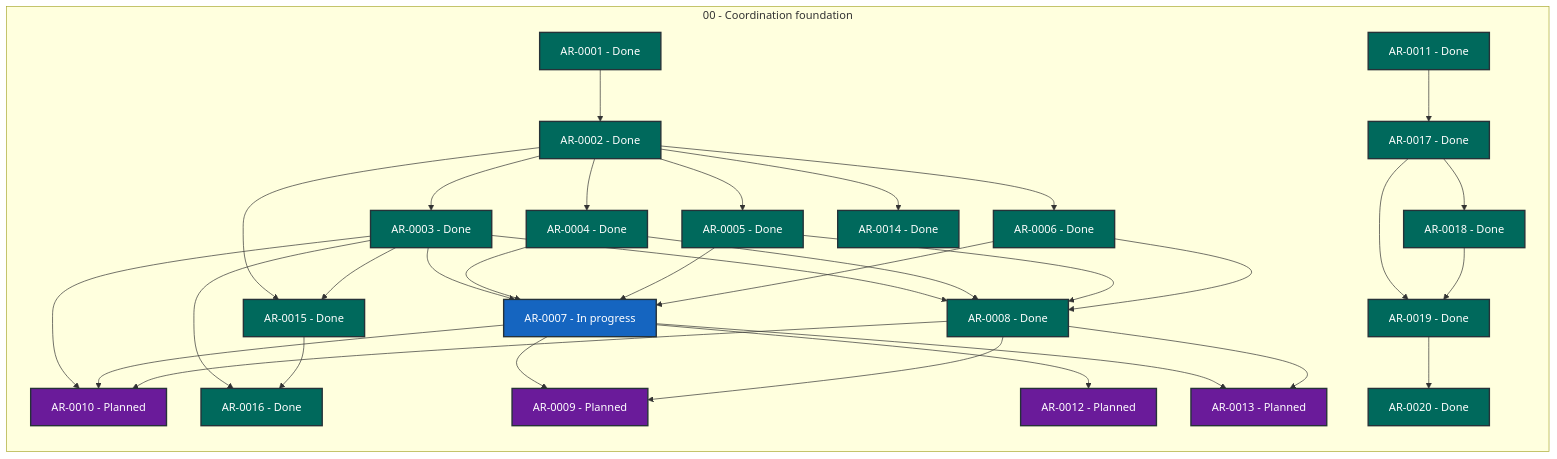
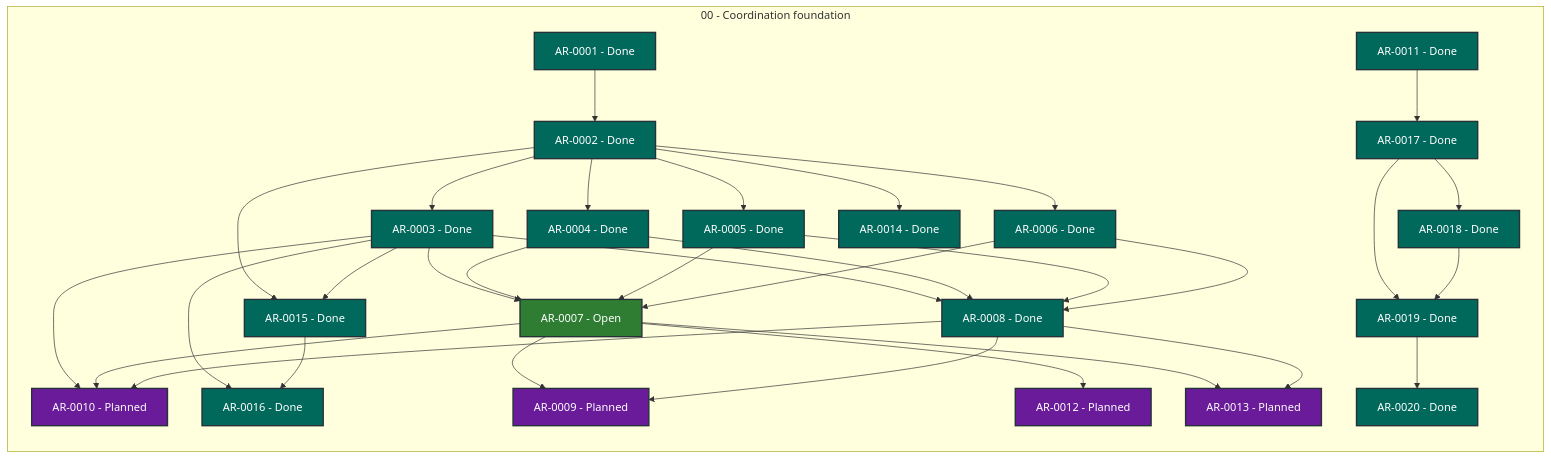
One commit to martin-beck/agent-workflow-coordinator-state changed the diagram in STATUS.md. Above: the diagram before and after it, drawn with Mermaid. The commit also changed other lines of this file and 2 other files, not shown here.

````diff
--- a/STATUS.md
+++ b/STATUS.md
@@ -27,65 +27,65 @@
 ```mermaid
 flowchart LR
     subgraph series_00["00 - Coordination foundation"]
         direction TB
         AR_0001["AR-0001 - Done"]:::status_done
         AR_0002["AR-0002 - Done"]:::status_done
         AR_0003["AR-0003 - Done"]:::status_done
         AR_0004["AR-0004 - Done"]:::status_done
         AR_0005["AR-0005 - Done"]:::status_done
         AR_0006["AR-0006 - Done"]:::status_done
-        AR_0007["AR-0007 - In progress"]:::status_in_progress
+        AR_0007["AR-0007 - Open"]:::status_open
         AR_0008["AR-0008 - Done"]:::status_done
         AR_0009["AR-0009 - Planned"]:::status_planned
         AR_0010["AR-0010 - Planned"]:::status_planned
         AR_0011["AR-0011 - Done"]:::status_done
         AR_0012["AR-0012 - Planned"]:::status_planned
         AR_0013["AR-0013 - Planned"]:::status_planned
         AR_0014["AR-0014 - Done"]:::status_done
         AR_0015["AR-0015 - Done"]:::status_done
         AR_0016["AR-0016 - Done"]:::status_done
         AR_0017["AR-0017 - Done"]:::status_done
         AR_0018["AR-0018 - Done"]:::status_done
         AR_0019["AR-0019 - Done"]:::status_done
         AR_0020["AR-0020 - Done"]:::status_done
     end
     AR_0001 --> AR_0002
     AR_0002 --> AR_0003
     AR_0002 --> AR_0004
     AR_0002 --> AR_0005
     AR_0002 --> AR_0006
     AR_0002 --> AR_0014
     AR_0002 --> AR_0015
     AR_0003 --> AR_0007
     AR_0003 --> AR_0008
     AR_0003 --> AR_0010
     AR_0003 --> AR_0015
     AR_0003 --> AR_0016
     AR_0004 --> AR_0007
     AR_0004 --> AR_0008
     AR_0005 --> AR_0007
     AR_0005 --> AR_0008
     AR_0006 --> AR_0007
     AR_0006 --> AR_0008
     AR_0007 --> AR_0009
     AR_0007 --> AR_0010
     AR_0007 --> AR_0012
     AR_0007 --> AR_0013
     AR_0008 --> AR_0009
     AR_0008 --> AR_0010
     AR_0008 --> AR_0013
     AR_0011 --> AR_0017
     AR_0015 --> AR_0016
     AR_0017 --> AR_0018
     AR_0017 --> AR_0019
     AR_0018 --> AR_0019
     AR_0019 --> AR_0020
     classDef status_in_progress fill:#1565c0,color:#ffffff,stroke:#263238,stroke-width:2px
     classDef status_open fill:#2e7d32,color:#ffffff,stroke:#263238,stroke-width:2px
     classDef status_blocked fill:#c62828,color:#ffffff,stroke:#263238,stroke-width:2px
     classDef status_planned fill:#6a1b9a,color:#ffffff,stroke:#263238,stroke-width:2px
     classDef status_future fill:#455a64,color:#ffffff,stroke:#263238,stroke-width:2px
     classDef status_done fill:#00695c,color:#ffffff,stroke:#263238,stroke-width:2px
     classDef status_cancelled fill:#616161,color:#ffffff,stroke:#263238,stroke-width:2px
     classDef status_superseded fill:#5d4037,color:#ffffff,stroke:#263238,stroke-width:2px
 ```
````
